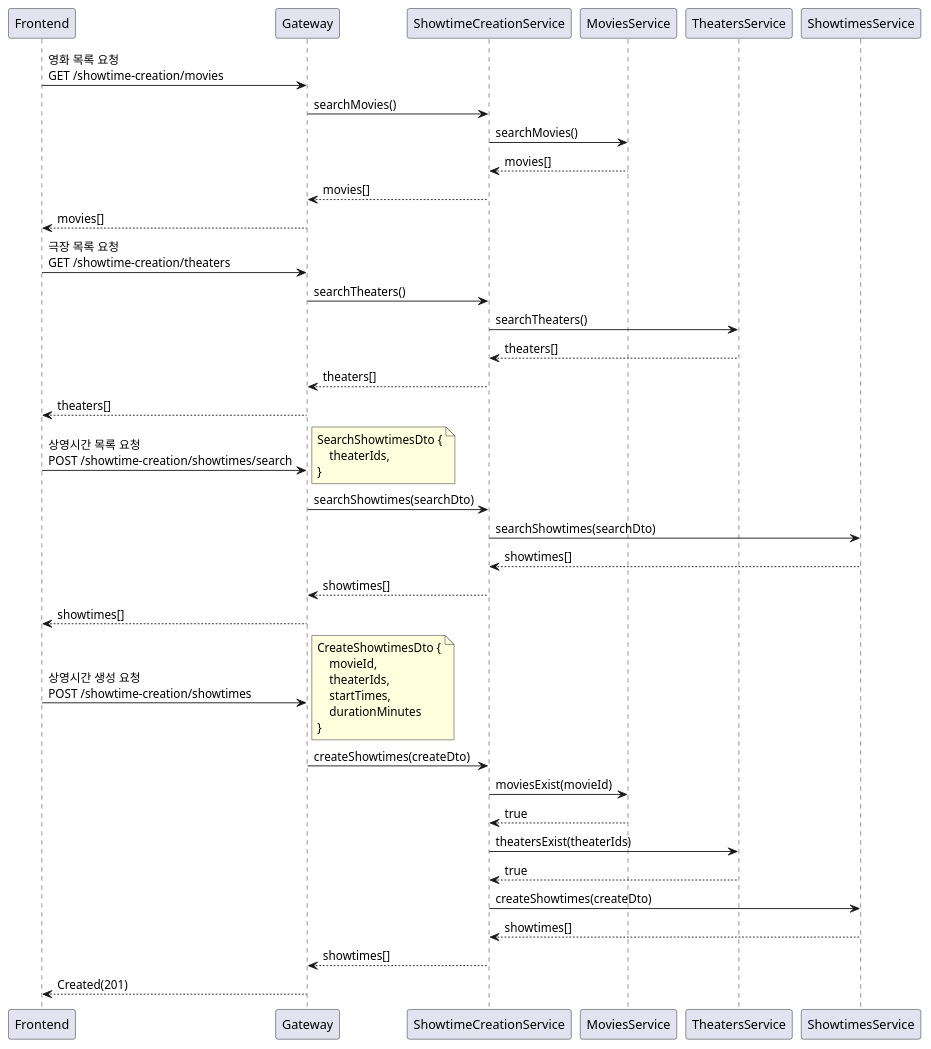
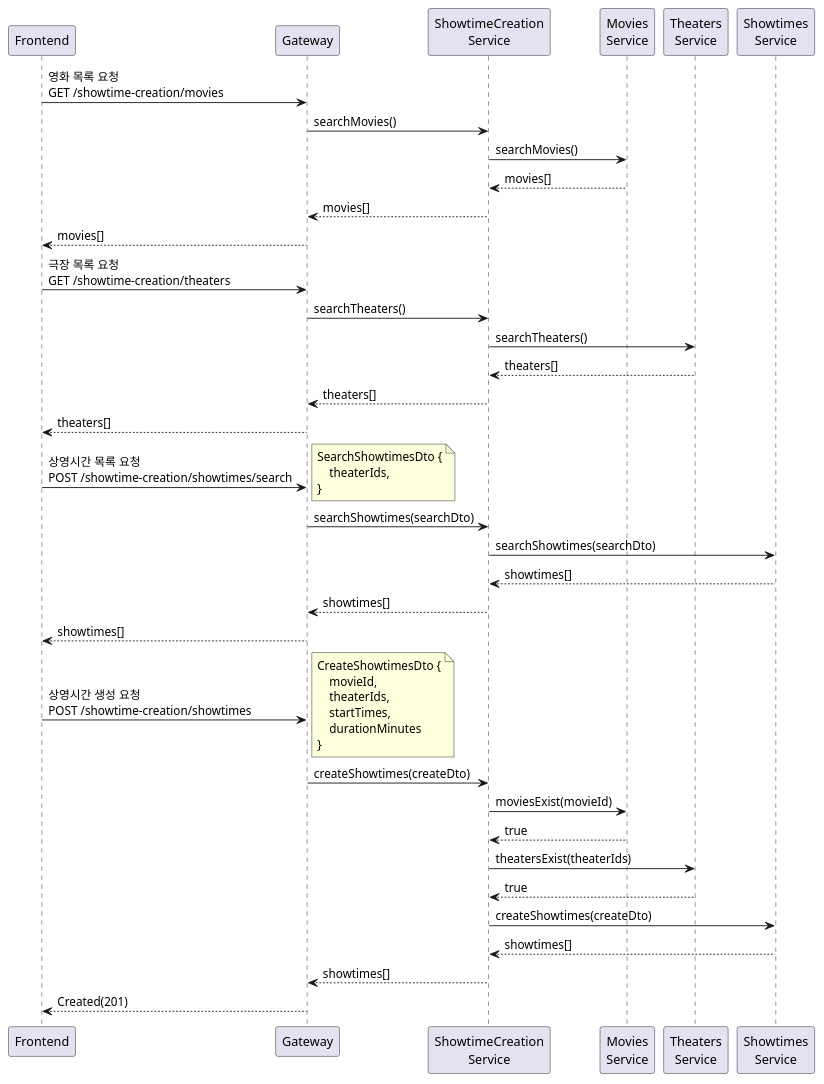
Before and after one commit to mannercode/mannercode.github.io: diagram 14 of 14 in _posts/2025-05-01-backend-design-2.md, drawn with PlantUML. The commit also changed 1 other file, not shown here.

Commit message:
Refactor sequence diagrams for Showtime creation process to improve clarity and structure

```diff
--- a/_posts/2025-05-01-backend-design-2.md
+++ b/_posts/2025-05-01-backend-design-2.md
@@ -586,51 +586,58 @@
 {% plantuml %}
 @startuml
-Frontend -> Gateway: 영화 목록 요청\nGET /showtime-creation/movies
-    Gateway -> ShowtimeCreationService: searchMovies()
-        ShowtimeCreationService -> MoviesService: searchMovies()
-        ShowtimeCreationService <-- MoviesService: movies[]
-    Gateway <-- ShowtimeCreationService: movies[]
-Frontend <-- Gateway: movies[]
+participant Frontend as frontend
+participant Gateway as gateway
+participant "ShowtimeCreation\nService" as creation
+participant "Movies\nService" as movies
+participant "Theaters\nService" as theaters
+participant "Showtimes\nService" as showtimes
 
-Frontend -> Gateway: 극장 목록 요청\nGET /showtime-creation/theaters
-    Gateway -> ShowtimeCreationService: searchTheaters()
-        ShowtimeCreationService -> TheatersService: searchTheaters()
-        ShowtimeCreationService <-- TheatersService: theaters[]
-    Gateway <-- ShowtimeCreationService: theaters[]
-Frontend <-- Gateway: theaters[]
+frontend -> gateway: 영화 목록 요청\nGET /showtime-creation/movies
+    gateway -> creation: searchMovies()
+        creation -> movies: searchMovies()
+        creation <-- movies: movies[]
+    gateway <-- creation: movies[]
+frontend <-- gateway: movies[]
 
-Frontend -> Gateway: 상영시간 목록 요청\nPOST /showtime-creation/showtimes/search
+frontend -> gateway: 극장 목록 요청\nGET /showtime-creation/theaters
+    gateway -> creation: searchTheaters()
+        creation -> theaters: searchTheaters()
+        creation <-- theaters: theaters[]
+    gateway <-- creation: theaters[]
+frontend <-- gateway: theaters[]
+
+frontend -> gateway: 상영시간 목록 요청\nPOST /showtime-creation/showtimes/search
     note right
         SearchShowtimesDto {
             theaterIds,
         }
     end note
-    Gateway -> ShowtimeCreationService: searchShowtimes(searchDto)
-        ShowtimeCreationService -> ShowtimesService: searchShowtimes(searchDto)
-        ShowtimeCreationService <-- ShowtimesService: showtimes[]
-    Gateway <-- ShowtimeCreationService: showtimes[]
-Frontend <-- Gateway: showtimes[]
+    gateway -> creation: searchShowtimes(searchDto)
+        creation -> showtimes: searchShowtimes(searchDto)
+        creation <-- showtimes: showtimes[]
+    gateway <-- creation: showtimes[]
+frontend <-- gateway: showtimes[]
 
-Frontend -> Gateway: 상영시간 생성 요청\nPOST /showtime-creation/showtimes
+frontend -> gateway: 상영시간 생성 요청\nPOST /showtime-creation/showtimes
     note right
         CreateShowtimesDto {
             movieId,
             theaterIds,
             startTimes,
             durationMinutes
         }
     end note
-    Gateway -> ShowtimeCreationService: createShowtimes(createDto)
-        ShowtimeCreationService -> MoviesService: moviesExist(movieId)
-        ShowtimeCreationService <-- MoviesService: true
+    gateway -> creation: createShowtimes(createDto)
+        creation -> movies: moviesExist(movieId)
+        creation <-- movies: true
 
-        ShowtimeCreationService -> TheatersService: theatersExist(theaterIds)
-        ShowtimeCreationService <-- TheatersService: true
+        creation -> theaters: theatersExist(theaterIds)
+        creation <-- theaters: true
 
-        ShowtimeCreationService -> ShowtimesService: createShowtimes(createDto)
-        ShowtimeCreationService <-- ShowtimesService: showtimes[]
-    Gateway <-- ShowtimeCreationService: showtimes[]
-Frontend <-- Gateway: Created(201)
+        creation -> showtimes: createShowtimes(createDto)
+        creation <-- showtimes: showtimes[]
+    gateway <-- creation: showtimes[]
+frontend <-- gateway: Created(201)
 
 @enduml
 {% endplantuml %}
```
